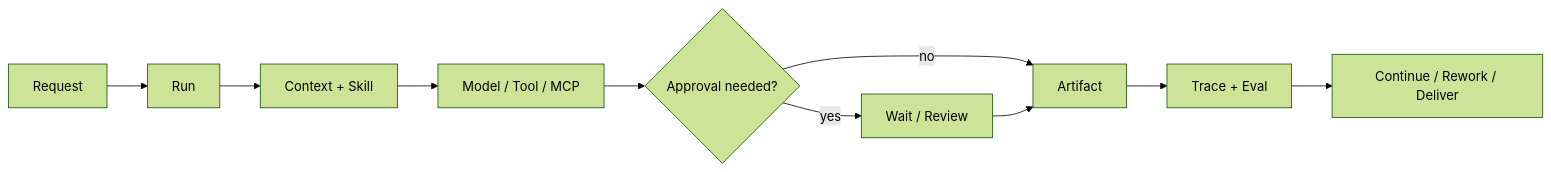
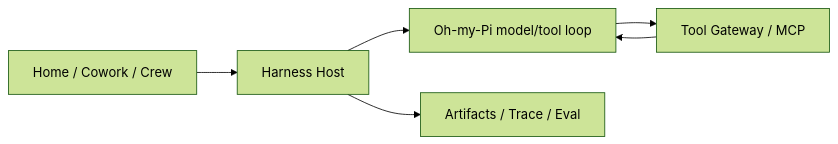
The diagram in README.md (Foxtailsss-Andy/Anna-Agent), drawn with Mermaid (forest theme) before and after one commit. The commit also changed other lines of this file and 1 other file, not shown here.

````diff
--- a/README.md
+++ b/README.md
@@ -97,12 +94,8 @@
 ```mermaid
 flowchart LR
-    A[Request] --> B[Run]
-    B --> C[Context + Skill]
-    C --> D[Model / Tool / MCP]
-    D --> E{Approval needed?}
-    E -->|yes| F[Wait / Review]
-    E -->|no| G[Artifact]
-    F --> G
-    G --> H[Trace + Eval]
-    H --> I[Continue / Rework / Deliver]
+    UI[Home / Cowork / Crew] --> Host[Harness Host]
+    Host --> OMP[Oh-my-Pi model/tool loop]
+    OMP --> Gateway[Tool Gateway / MCP]
+    Gateway --> OMP
+    Host --> Result[Artifacts / Trace / Eval]
 ```
````
